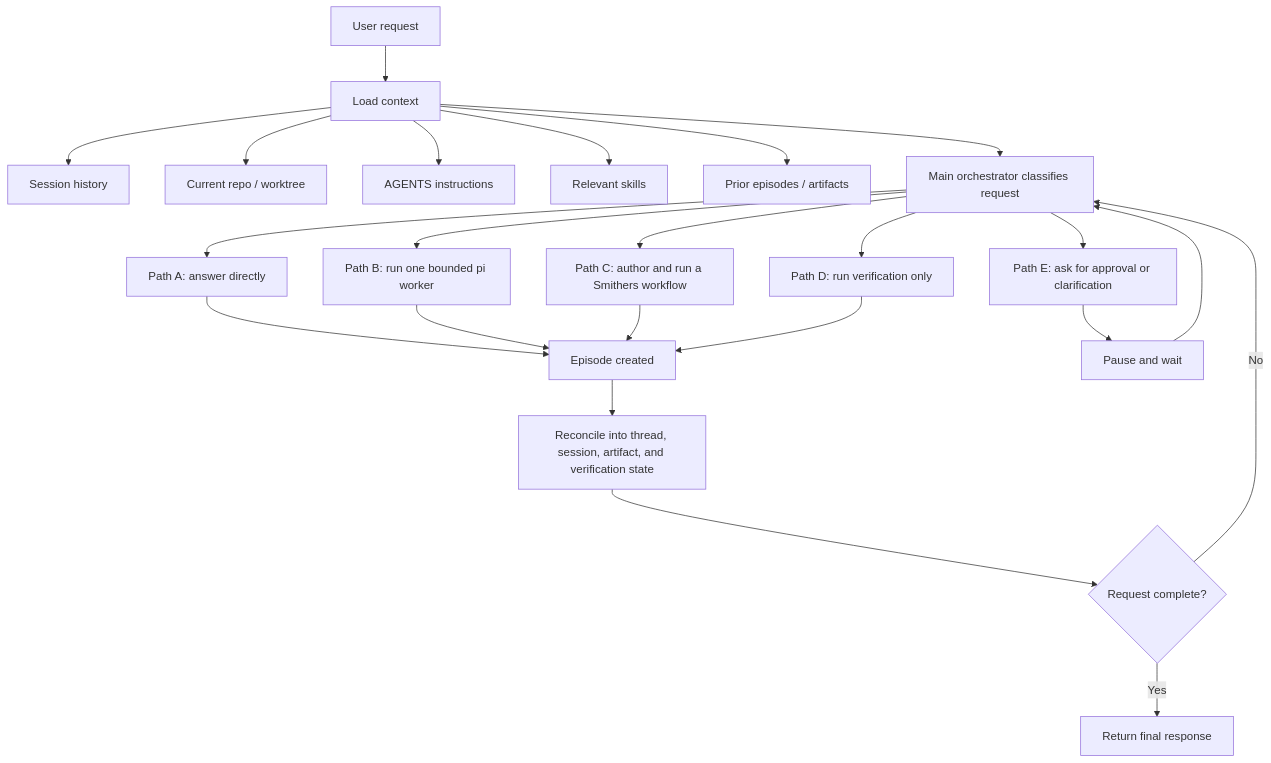
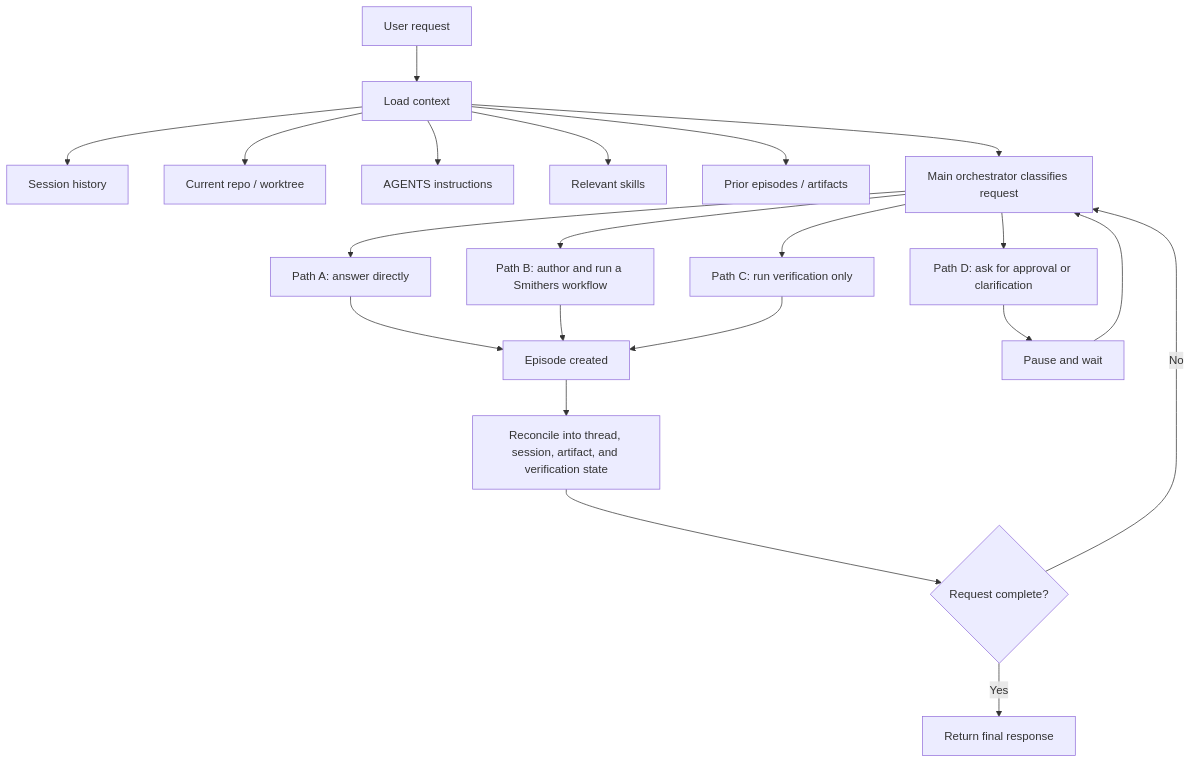
The first of 2 diagrams in docs/prd.md (0xpolarzero/hellm), drawn with Mermaid before and after one commit. The commit also changed other lines of this file and 1 other file, not shown here.

Commit message:
docs: default delegated work to smithers

````diff
--- a/docs/prd.md
+++ b/docs/prd.md
@@ -500,29 +524,27 @@
 ```mermaid
 flowchart TD
     A["User request"] --> B["Load context"]
     B --> B1["Session history"]
     B --> B2["Current repo / worktree"]
     B --> B3["AGENTS instructions"]
     B --> B4["Relevant skills"]
     B --> B5["Prior episodes / artifacts"]
 
     B --> C["Main orchestrator classifies request"]
 
     C --> D1["Path A: answer directly"]
-    C --> D2["Path B: run one bounded pi worker"]
-    C --> D3["Path C: author and run a Smithers workflow"]
-    C --> D4["Path D: run verification only"]
-    C --> D5["Path E: ask for approval or clarification"]
+    C --> D2["Path B: author and run a Smithers workflow"]
+    C --> D3["Path C: run verification only"]
+    C --> D4["Path D: ask for approval or clarification"]
 
     D1 --> E["Episode created"]
     D2 --> E
     D3 --> E
-    D4 --> E
-    D5 --> W["Pause and wait"]
+    D4 --> W["Pause and wait"]
     W --> C
 
     E --> F["Reconcile into thread, session, artifact, and verification state"]
     F --> G{"Request complete?"}
     G -->|"Yes"| H["Return final response"]
     G -->|"No"| C
 ```
````
